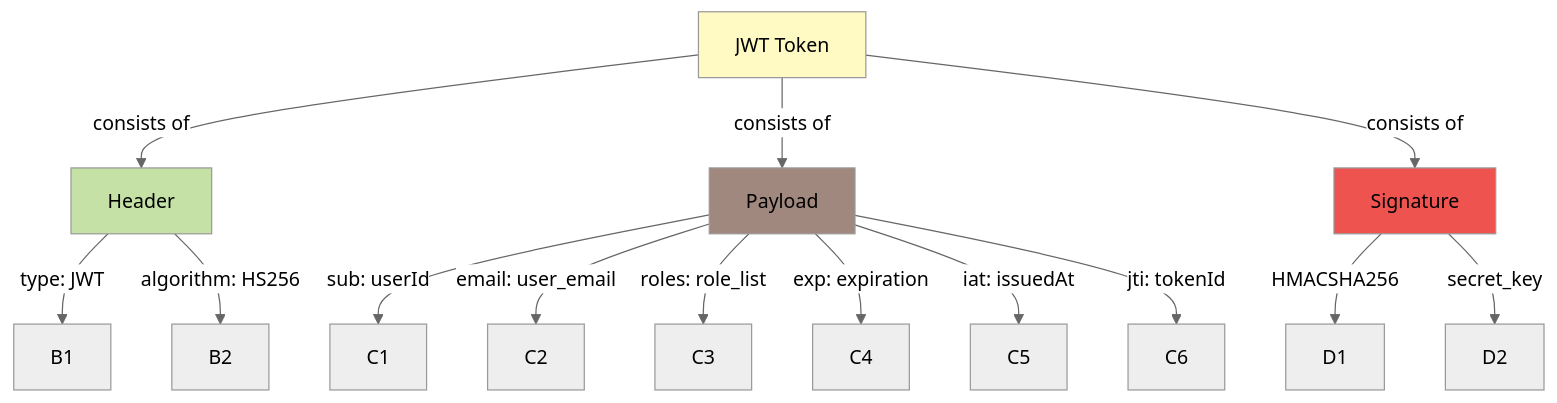
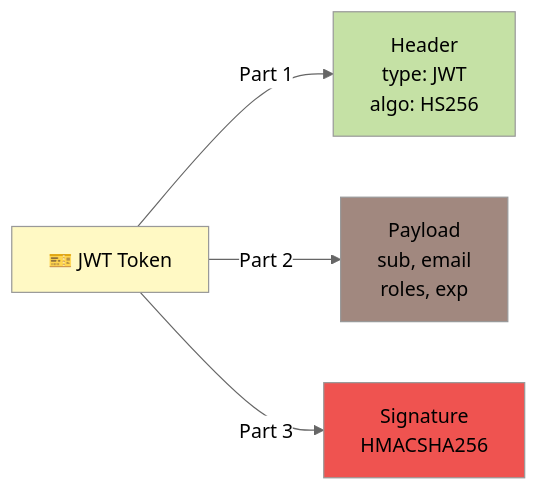
One commit to daoductam/reusable-auth-backend changed the tenth of 11 diagrams in README.md. Above: the diagram before and after it, drawn with Mermaid (neutral theme). The commit also changed other lines of this file, not shown here.

````diff
--- a/README.md
+++ b/README.md
@@ -808,29 +849,16 @@
 ```mermaid
-graph TB
-    A["JWT Token"]
-    B["Header"]
-    C["Payload"]
-    D["Signature"]
+graph LR
+    A["🎫 JWT Token"]
+    B["Header<br/>type: JWT<br/>algo: HS256"]
+    C["Payload<br/>sub, email<br/>roles, exp"]
+    D["Signature<br/>HMACSHA256"]
     
-    A -->|consists of| B
-    A -->|consists of| C
-    A -->|consists of| D
-    
-    B -->|type: JWT|B1
-    B -->|algorithm: HS256|B2
-    
-    C -->|sub: userId|C1
-    C -->|email: user_email|C2
-    C -->|roles: role_list|C3
-    C -->|exp: expiration|C4
-    C -->|iat: issuedAt|C5
-    C -->|jti: tokenId|C6
-    
-    D -->|HMACSHA256|D1
-    D -->|secret_key|D2
+    A -->|Part 1| B
+    A -->|Part 2| C
+    A -->|Part 3| D
     
     style A fill:#fff9c4
     style B fill:#c5e1a5
     style C fill:#a1887f
     style D fill:#ef5350
 ```
````
